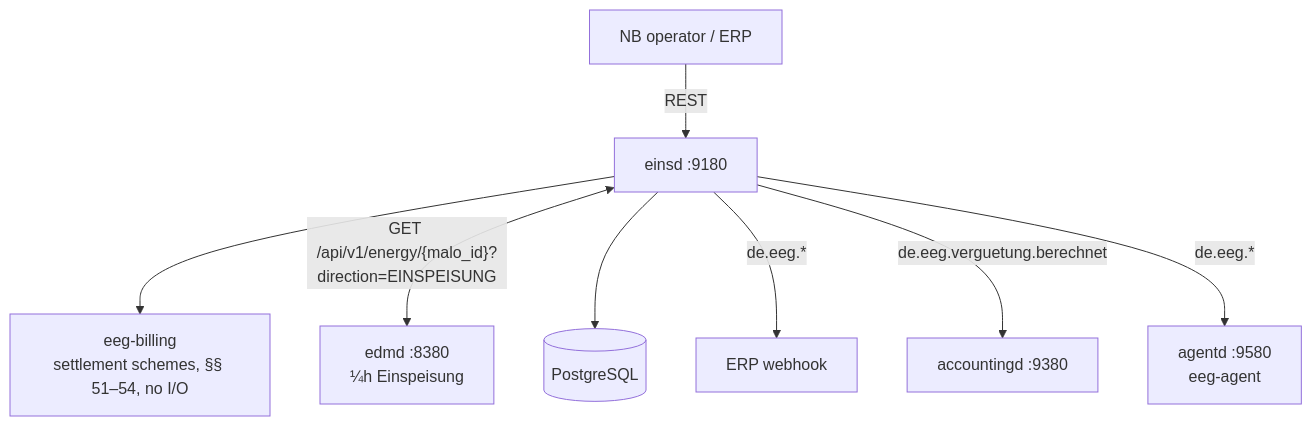
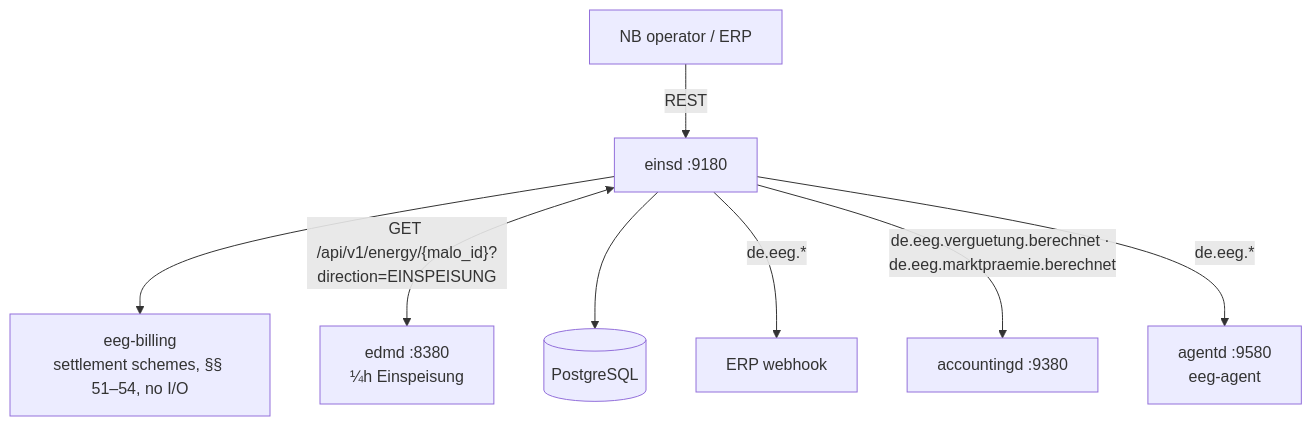
One commit to hupe1980/mako changed the first of 2 diagrams in site/content/docs/services/einsd.md. Above: the diagram before and after it, drawn with Mermaid. The commit also changed other lines of this file and 98 other files, not shown here.

````diff
--- a/site/content/docs/services/einsd.md
+++ b/site/content/docs/services/einsd.md
@@ -21,19 +21,19 @@
 ```mermaid
 graph TB
     Operator["NB operator / ERP"]
     edmd["edmd :8380<br/>¼h Einspeisung"]
     einsd["einsd :9180"]
     eeg_billing["eeg-billing<br/>settlement schemes, §§ 51–54, no I/O"]
     db[("PostgreSQL")]
     erp["ERP webhook"]
     accountingd["accountingd :9380"]
     agentd["agentd :9580<br/>eeg-agent"]
 
     Operator -->|"REST"| einsd
     einsd --> eeg_billing
     einsd <-->|"GET /api/v1/energy/{malo_id}?direction=EINSPEISUNG"| edmd
     einsd --> db
     einsd -->|"de.eeg.*"| erp
-    einsd -->|"de.eeg.verguetung.berechnet"| accountingd
+    einsd -->|"de.eeg.verguetung.berechnet · de.eeg.marktpraemie.berechnet"| accountingd
     einsd -->|"de.eeg.*"| agentd
 ```
````
